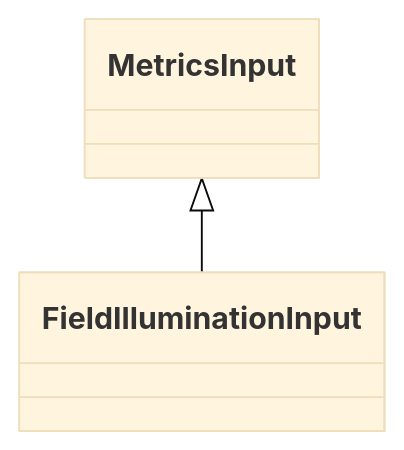
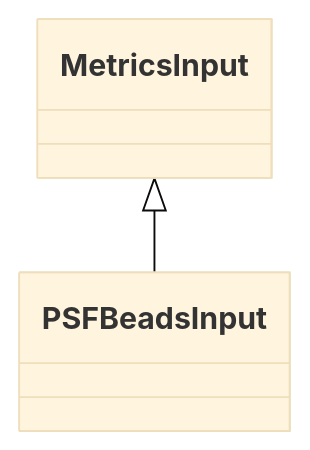
One commit to juliomateoslangerak/microscope-metrics changed the diagram in docs/schema/samples/MetricsInput.md. Above: the diagram before and after it, drawn with Mermaid (base theme). The commit also changed other lines of this file and 108 other files, not shown here.

Commit message:
First version of the psf_beads_schema.yaml

````diff
--- a/docs/schema/samples/MetricsInput.md
+++ b/docs/schema/samples/MetricsInput.md
@@ -17,7 +17,7 @@
 ```mermaid
  classDiagram
     class MetricsInput
-      MetricsInput <|-- FieldIlluminationInput
+      MetricsInput <|-- PSFBeadsInput
       
       
 ```
````
